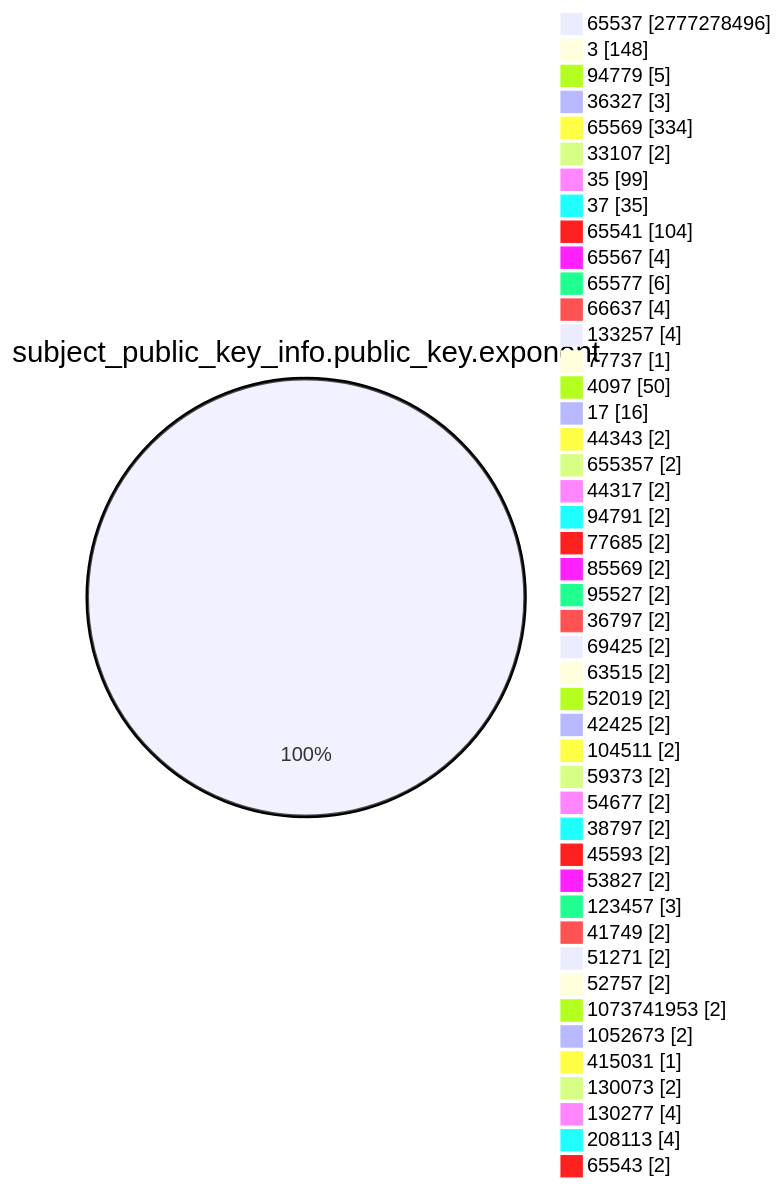
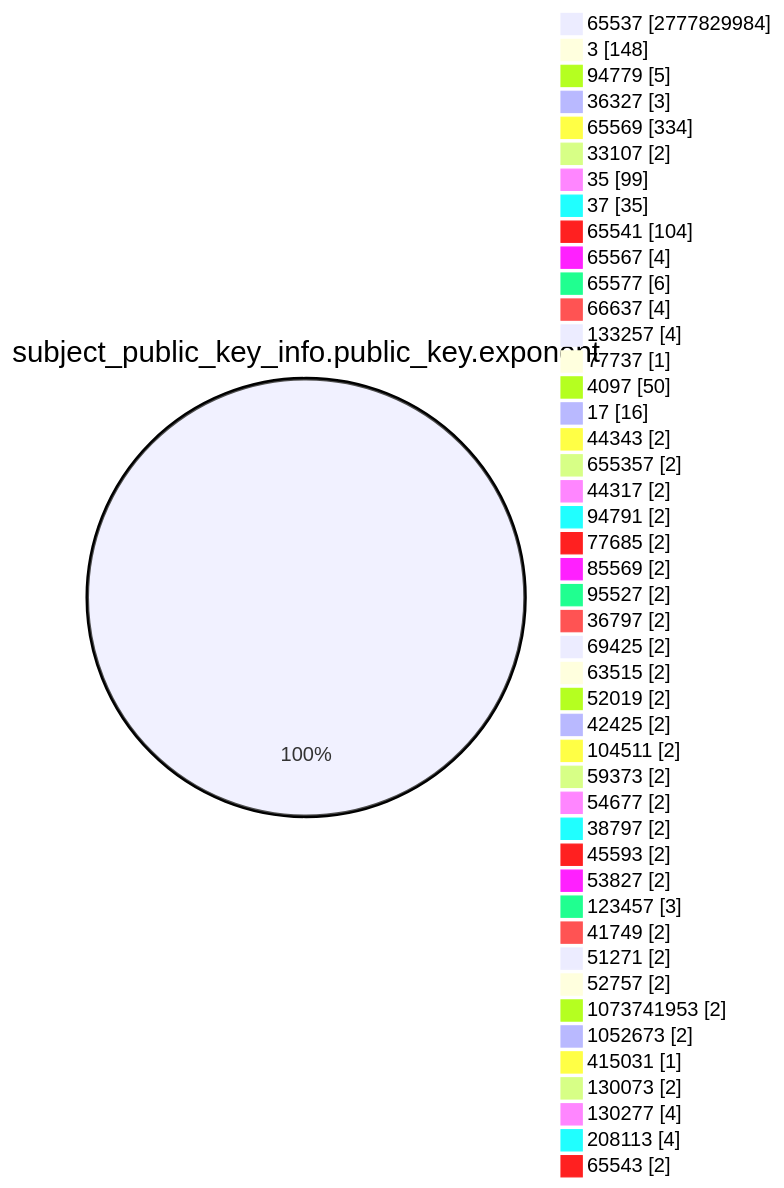
One commit to christiankrug/ctmonitor_visualization changed the fourth of 15 diagrams in TOTAL/README.md. Above: the diagram before and after it, drawn with Mermaid. The commit also changed other lines of this file, not shown here.

````diff
--- a/TOTAL/README.md
+++ b/TOTAL/README.md
@@ -1467,49 +1467,49 @@
 ```mermaid
 pie showData
 title subject_public_key_info.public_key.exponent
-"65537" :2777278496
+"65537" :2777829984
 "3" :148
 "94779" :5
 "36327" :3
 "65569" :334
 "33107" :2
 "35" :99
 "37" :35
 "65541" :104
 "65567" :4
 "65577" :6
 "66637" :4
 "133257" :4
 "77737" :1
 "4097" :50
 "17" :16
 "44343" :2
 "655357" :2
 "44317" :2
 "94791" :2
 "77685" :2
 "85569" :2
 "95527" :2
 "36797" :2
 "69425" :2
 "63515" :2
 "52019" :2
 "42425" :2
 "104511" :2
 "59373" :2
 "54677" :2
 "38797" :2
 "45593" :2
 "53827" :2
 "123457" :3
 "41749" :2
 "51271" :2
 "52757" :2
 "1073741953" :2
 "1052673" :2
 "415031" :1
 "130073" :2
 "130277" :4
 "208113" :4
 "65543" :2
 ```
````
